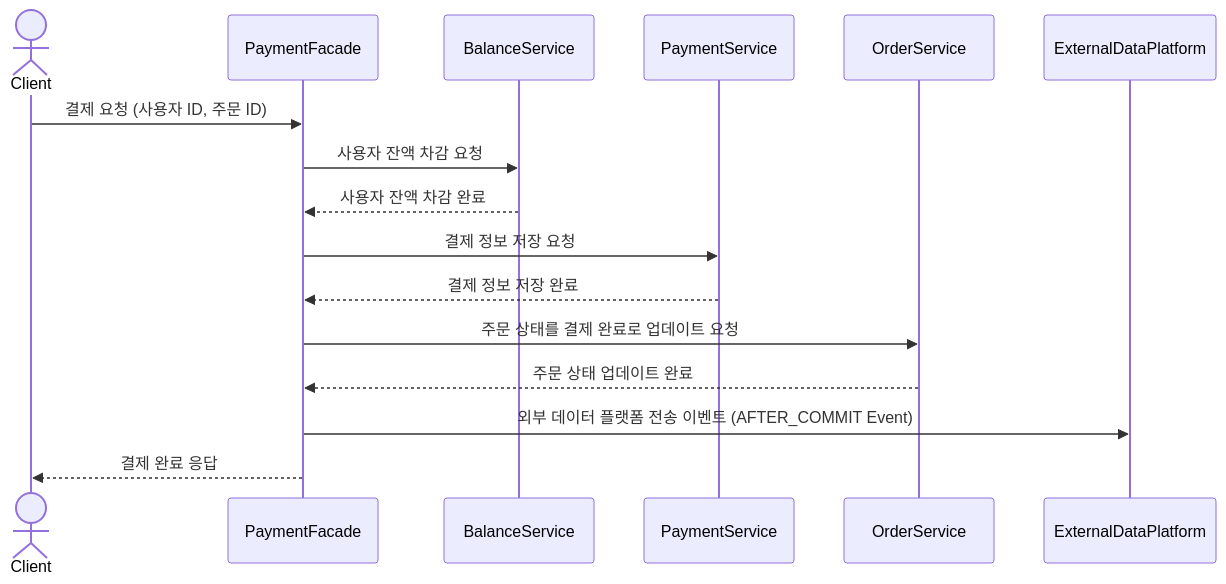
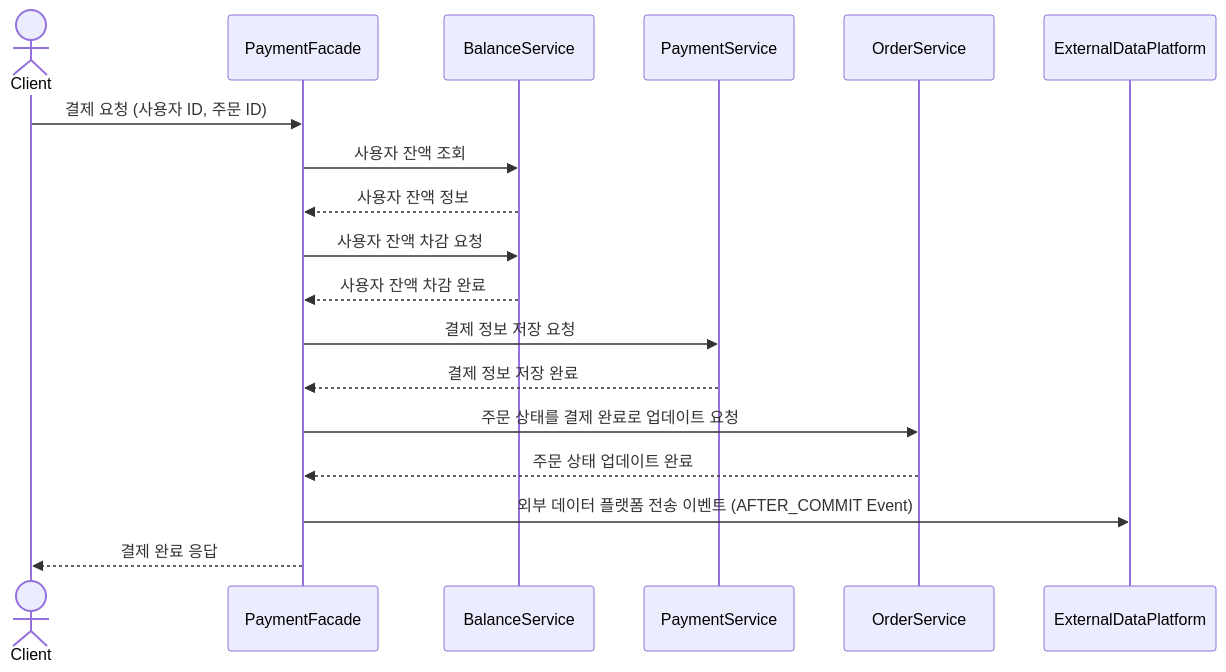
One commit to lgm1007/hhplus_ecommerce changed the fifth of 9 diagrams in docs/SEQUENCE_DIAGRAM.md. Above: the diagram before and after it, drawn with Mermaid. The commit also changed other lines of this file, not shown here.

Commit message:
docs: 시퀀스 다이어그램에서 주문, 결제 시퀀스 수정

````diff
--- a/docs/SEQUENCE_DIAGRAM.md
+++ b/docs/SEQUENCE_DIAGRAM.md
@@ -100,19 +97,21 @@
 ```mermaid
 sequenceDiagram
     actor Client
     participant PaymentFacade
     participant BalanceService
     participant PaymentService
     participant OrderService
     participant ExternalDataPlatform
 
     Client ->> PaymentFacade: 결제 요청 (사용자 ID, 주문 ID)
+    PaymentFacade ->> BalanceService: 사용자 잔액 조회
+    BalanceService -->> PaymentFacade: 사용자 잔액 정보
     PaymentFacade ->> BalanceService: 사용자 잔액 차감 요청
     BalanceService -->> PaymentFacade: 사용자 잔액 차감 완료
     PaymentFacade ->> PaymentService: 결제 정보 저장 요청
     PaymentService -->> PaymentFacade: 결제 정보 저장 완료
     PaymentFacade ->> OrderService: 주문 상태를 결제 완료로 업데이트 요청
     OrderService -->> PaymentFacade: 주문 상태 업데이트 완료
     PaymentFacade ->> ExternalDataPlatform: 외부 데이터 플랫폼 전송 이벤트 (AFTER_COMMIT Event)
     PaymentFacade -->> Client: 결제 완료 응답
 ```
````
